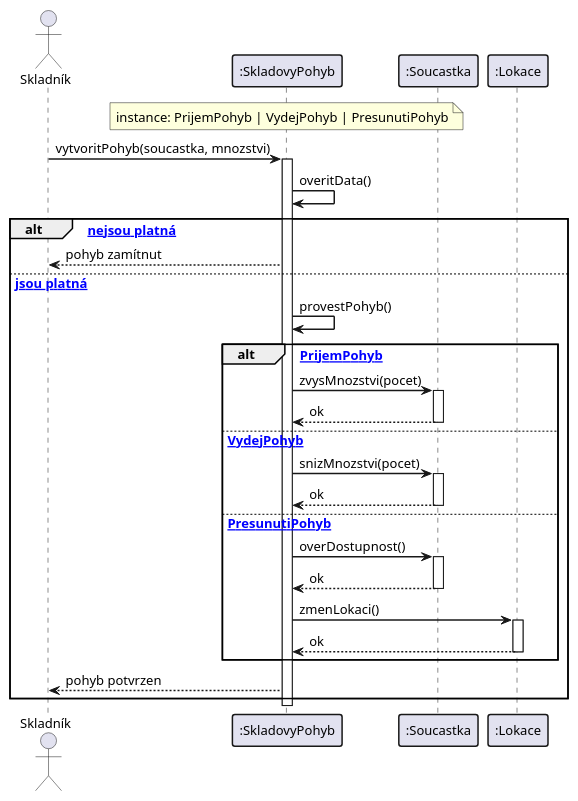
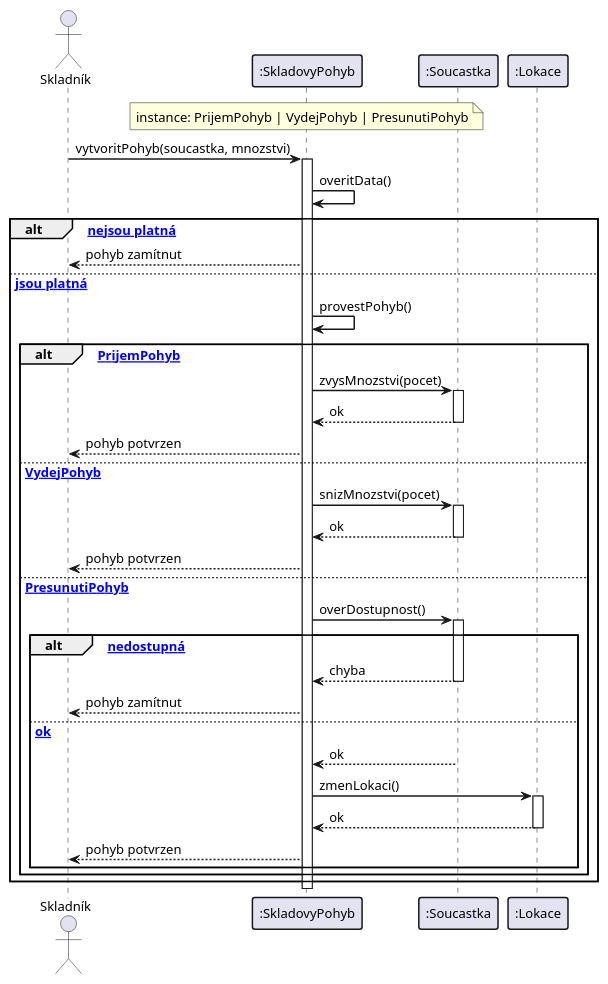
The diagram in diagrams/13_sequence_pohyb.puml (lkvapil/kOdevzdaniProjektWMS), drawn with PlantUML before and after one commit. The commit also changed 6 other files, not shown here.

```diff
--- a/diagrams/13_sequence_pohyb.puml
+++ b/diagrams/13_sequence_pohyb.puml
@@ -1,52 +1,59 @@
 @startuml
 skinparam defaultFontSize 13
 skinparam sequenceArrowThickness 1.5
 skinparam sequenceParticipantBorderThickness 1.5
 skinparam sequenceGroupBorderThickness 1.5
 
 actor "Skladník" as Uzivatel
 participant ":SkladovyPohyb" as Pohyb
 note over Pohyb : instance: PrijemPohyb | VydejPohyb | PresunutiPohyb
 participant ":Soucastka" as Soucastka
 participant ":Lokace" as Lokace
 
 Uzivatel -> Pohyb : vytvoritPohyb(soucastka, mnozstvi)
 activate Pohyb
 
 Pohyb -> Pohyb : overitData()
 
 alt [data nejsou platná]
     Pohyb --> Uzivatel : pohyb zamítnut
 
 else [data jsou platná]
     Pohyb -> Pohyb : provestPohyb()
 
     alt [PrijemPohyb]
         Pohyb -> Soucastka : zvysMnozstvi(pocet)
         activate Soucastka
         Soucastka --> Pohyb : ok
         deactivate Soucastka
+        Pohyb --> Uzivatel : pohyb potvrzen
 
     else [VydejPohyb]
         Pohyb -> Soucastka : snizMnozstvi(pocet)
         activate Soucastka
         Soucastka --> Pohyb : ok
         deactivate Soucastka
+        Pohyb --> Uzivatel : pohyb potvrzen
 
     else [PresunutiPohyb]
         Pohyb -> Soucastka : overDostupnost()
         activate Soucastka
-        Soucastka --> Pohyb : ok
-        deactivate Soucastka
-        Pohyb -> Lokace : zmenLokaci()
-        activate Lokace
-        Lokace --> Pohyb : ok
-        deactivate Lokace
+        alt [součástka nedostupná]
+            Soucastka --> Pohyb : chyba
+            deactivate Soucastka
+            Pohyb --> Uzivatel : pohyb zamítnut
+        else [ok]
+            Soucastka --> Pohyb : ok
+            deactivate Soucastka
+            Pohyb -> Lokace : zmenLokaci()
+            activate Lokace
+            Lokace --> Pohyb : ok
+            deactivate Lokace
+            Pohyb --> Uzivatel : pohyb potvrzen
+        end
     end
-
-    Pohyb --> Uzivatel : pohyb potvrzen
 end
 
 deactivate Pohyb
 
 @enduml
```
